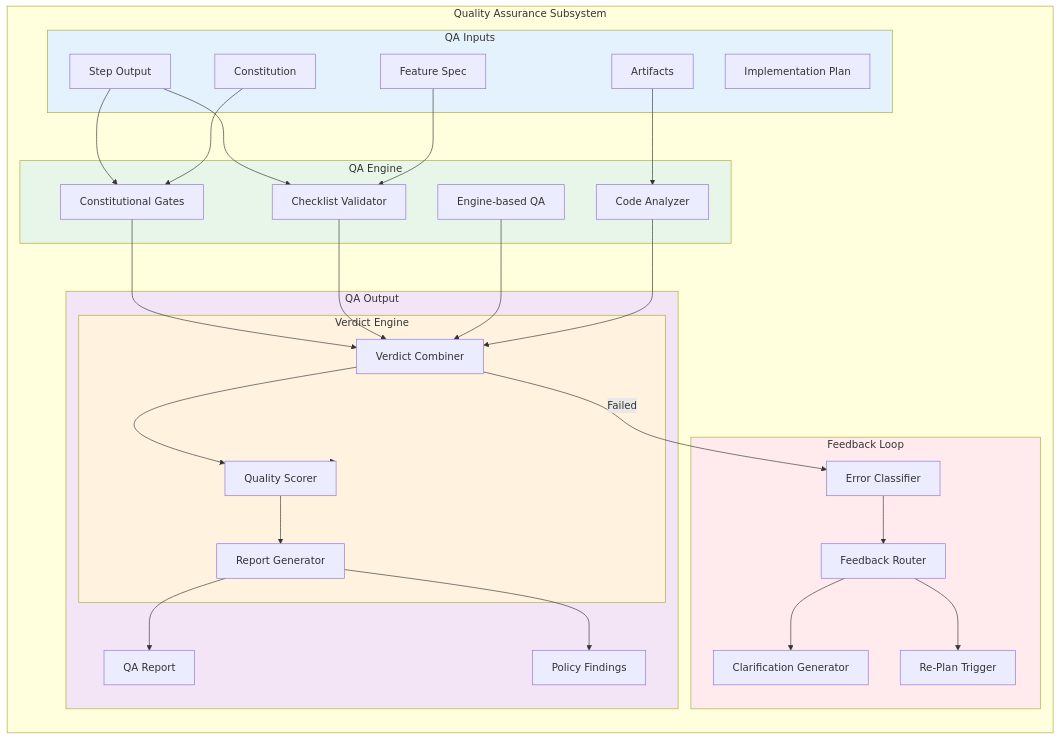
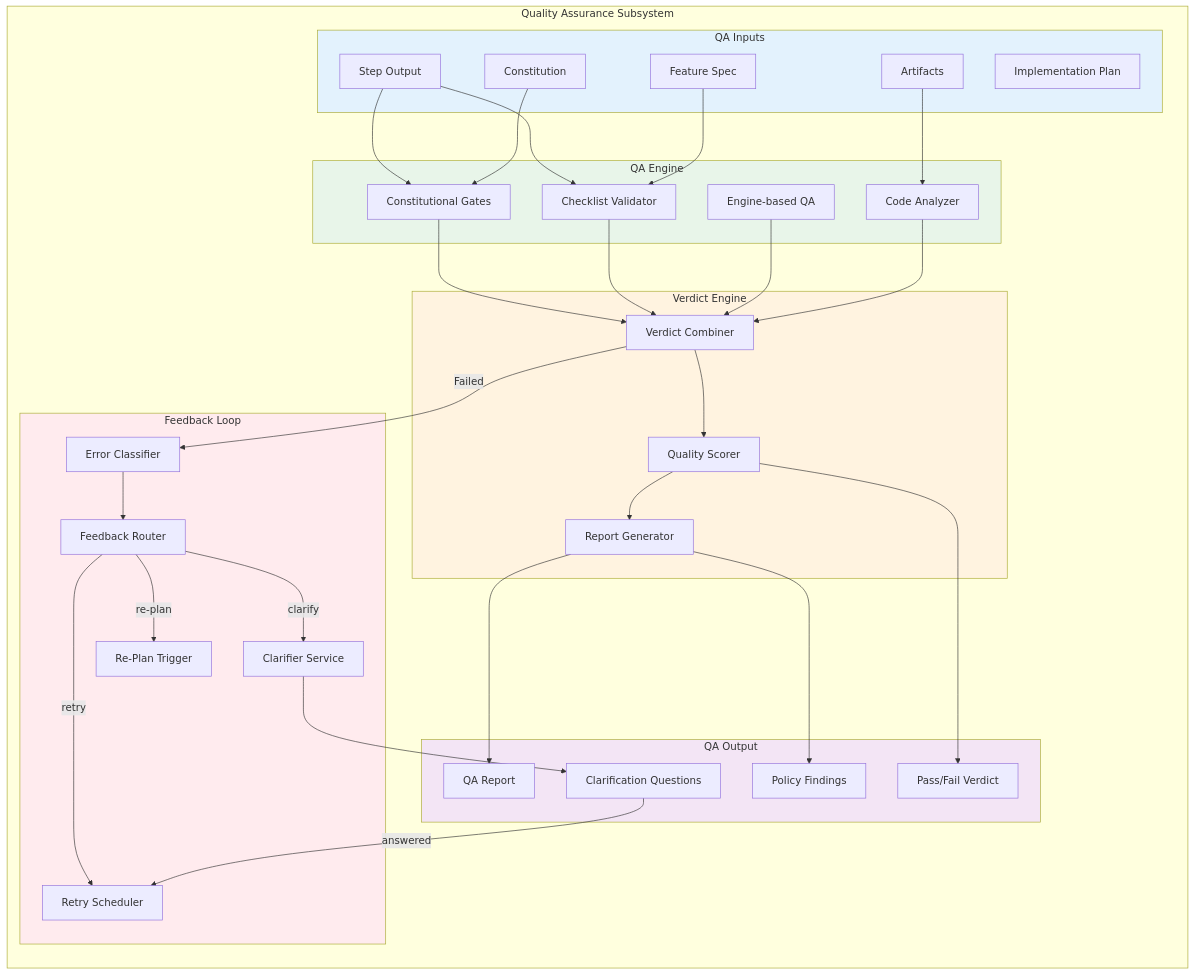
The first of 2 diagrams in docs/newTasksGodzilla/subsystems/04-QUALITY-ASSURANCE.md (SergeySdv/dev-pipeline), drawn with Mermaid before and after one commit. The commit also changed other lines of this file and 1 other file, not shown here.

Commit message:
feat(architecture): integrate Clarifier Service into QA feedback loop for structured clarifications

````diff
--- a/docs/newTasksGodzilla/subsystems/04-QUALITY-ASSURANCE.md
+++ b/docs/newTasksGodzilla/subsystems/04-QUALITY-ASSURANCE.md
@@ -11,69 +11,74 @@
 ```mermaid
 graph TB
     subgraph QASubsystem["Quality Assurance Subsystem"]
         direction TB
 
         subgraph Inputs["QA Inputs"]
             StepOutput[Step Output]
             Artifacts[Artifacts]
             Spec[Feature Spec]
             Plan[Implementation Plan]
             Constitution[Constitution]
         end
 
         subgraph Engine["QA Engine"]
             ConstitutionalGates[Constitutional Gates]
             ChecklistValidator[Checklist Validator]
             EngineQA[Engine-based QA]
             CodeAnalyzer[Code Analyzer]
         end
 
         subgraph Verdict["Verdict Engine"]
             Combiner[Verdict Combiner]
             Scorer[Quality Scorer]
             Reporter[Report Generator]
         end
 
         subgraph Feedback["Feedback Loop"]
             Classifier[Error Classifier]
             FeedbackRouter[Feedback Router]
-            ClarificationGen[Clarification Generator]
+            ClarifierService[Clarifier Service]
             RePlanTrigger[Re-Plan Trigger]
+            RetryScheduler[Retry Scheduler]
         end
 
         subgraph Output["QA Output"]
             QAReport[QA Report]
             Findings[Policy Findings]
-            Verdict[Pass/Fail Verdict]
+            VerdictOut[Pass/Fail Verdict]
+            Clarifications[Clarification Questions]
         end
     end
 
     StepOutput --> ConstitutionalGates
     StepOutput --> ChecklistValidator
     Artifacts --> CodeAnalyzer
     Spec --> ChecklistValidator
     Constitution --> ConstitutionalGates
 
     ConstitutionalGates --> Combiner
     ChecklistValidator --> Combiner
     EngineQA --> Combiner
     CodeAnalyzer --> Combiner
 
     Combiner --> Scorer
     Scorer --> Reporter
 
     Combiner -->|Failed| Classifier
     Classifier --> FeedbackRouter
-    FeedbackRouter --> ClarificationGen
-    FeedbackRouter --> RePlanTrigger
+    FeedbackRouter -->|clarify| ClarifierService
+    FeedbackRouter -->|re-plan| RePlanTrigger
+    FeedbackRouter -->|retry| RetryScheduler
+    ClarifierService --> Clarifications
+    Clarifications -->|answered| RetryScheduler
 
     Reporter --> QAReport
     Reporter --> Findings
-    Scorer --> Verdict
+    Scorer --> VerdictOut
 
     style Inputs fill:#e3f2fd
     style Engine fill:#e8f5e9
     style Verdict fill:#fff3e0
     style Feedback fill:#ffebee
     style Output fill:#f3e5f5
 ```
````
